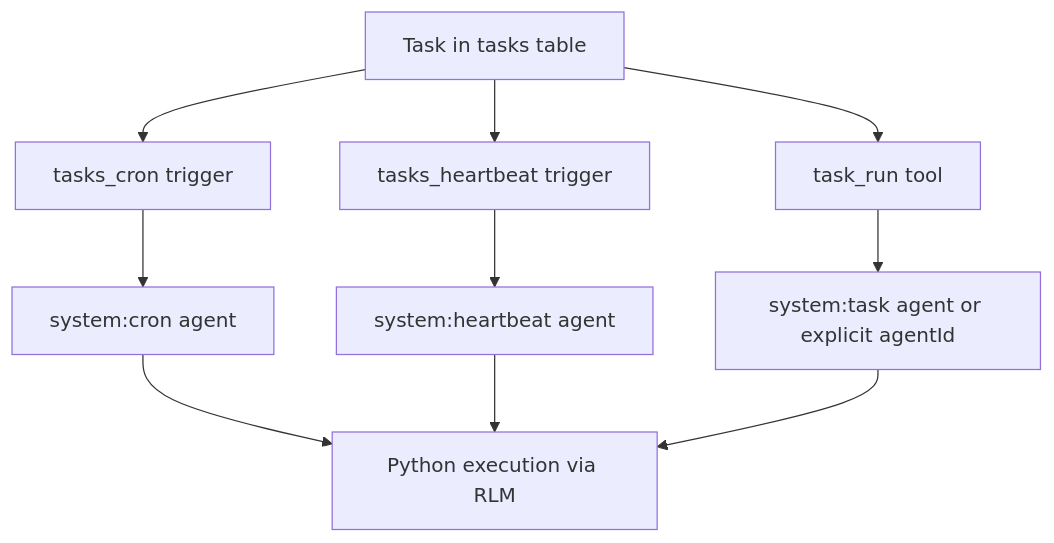
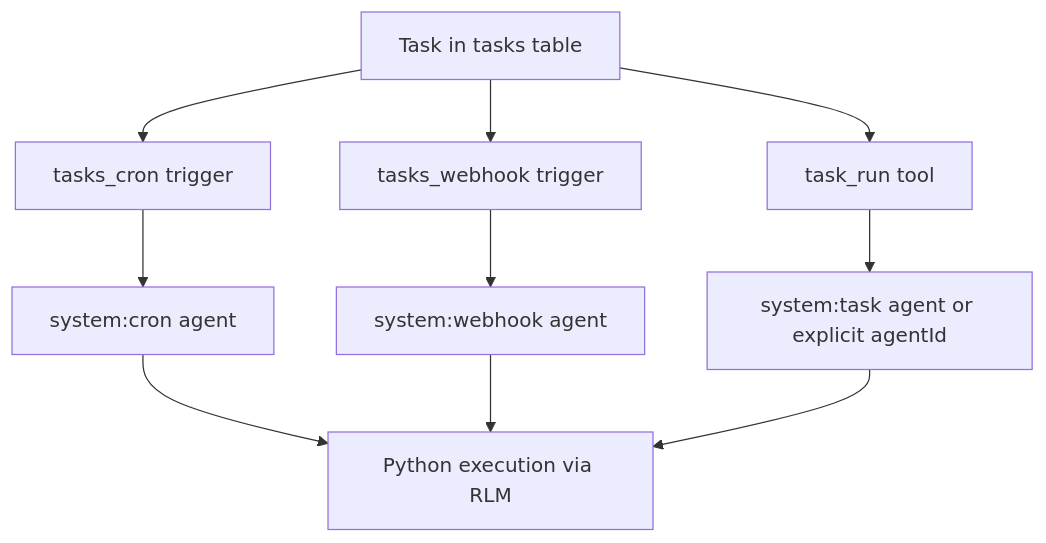
One commit to ex3ndr/daycare changed the diagram in doc/concepts/tasks.md. Above: the diagram before and after it, drawn with Mermaid. The commit also changed other lines of this file and 125 other files, not shown here.

````diff
--- a/doc/concepts/tasks.md
+++ b/doc/concepts/tasks.md
@@ -38,14 +38,14 @@
 ```mermaid
 flowchart TD
   Task[Task in tasks table] --> CronTrigger[tasks_cron trigger]
-  Task --> HeartbeatTrigger[tasks_heartbeat trigger]
+  Task --> WebhookTrigger[tasks_webhook trigger]
   Task --> ManualRun[task_run tool]
 
   CronTrigger --> CronAgent[system:cron agent]
-  HeartbeatTrigger --> HeartbeatAgent[system:heartbeat agent]
+  WebhookTrigger --> WebhookAgent[system:webhook agent]
   ManualRun --> TaskAgent[system:task agent or explicit agentId]
 
   CronAgent --> Exec[Python execution via RLM]
-  HeartbeatAgent --> Exec
+  WebhookAgent --> Exec
   TaskAgent --> Exec
 ```
````
